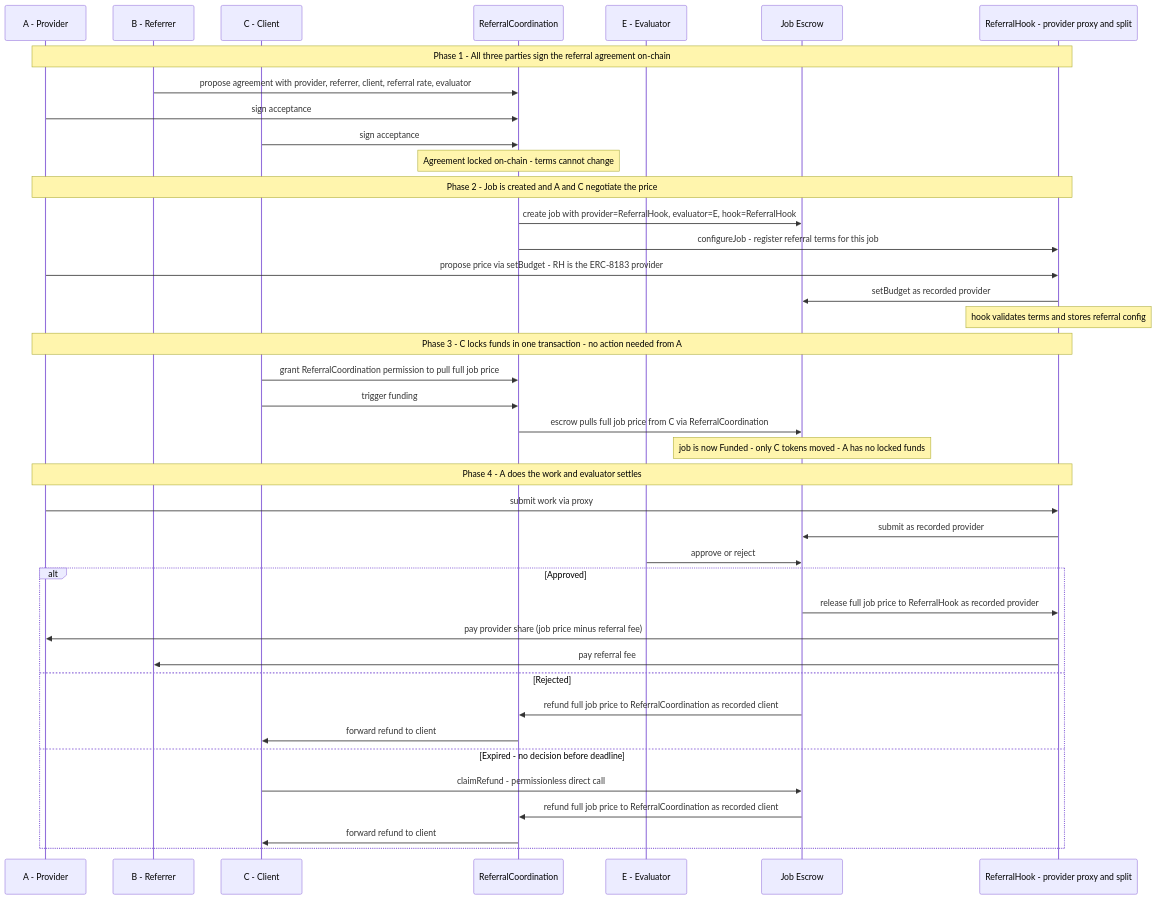
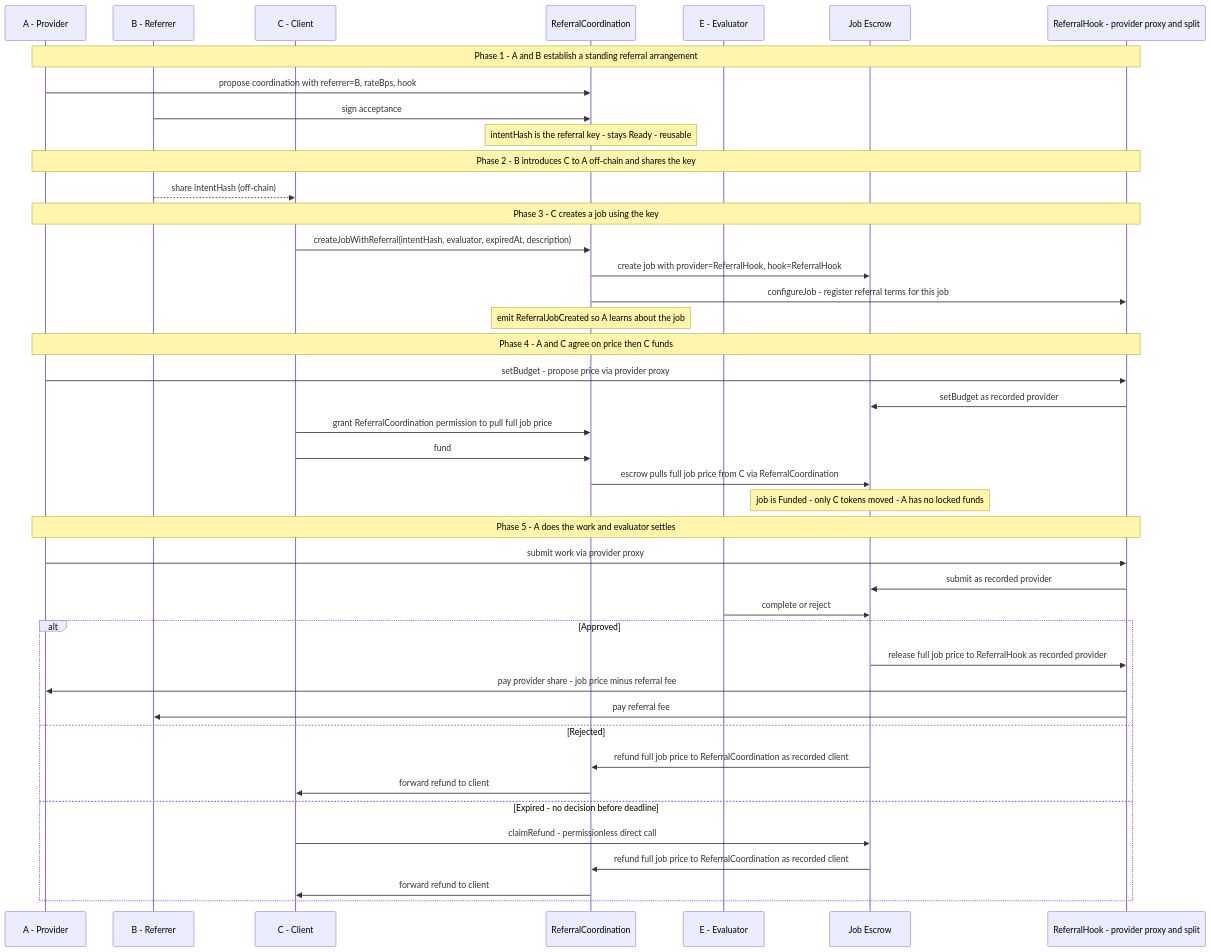
The diagram in README.md (luca-nik/a2a-referral-erc), drawn with Mermaid before and after one commit. The commit also changed other lines of this file and 6 other files, not shown here.

````diff
--- a/README.md
+++ b/README.md
@@ -55,51 +52,55 @@
 ```mermaid
 sequenceDiagram
     participant A as A - Provider
     participant B as B - Referrer
     participant C as C - Client
     participant RC as ReferralCoordination
     participant E as E - Evaluator
     participant ESC as Job Escrow
     participant RH as ReferralHook - provider proxy and split
 
-    note over A,RH: Phase 1 - All three parties sign the referral agreement on-chain
+    note over A,RH: Phase 1 - A and B establish a standing referral arrangement
 
-    B->>RC: propose agreement with provider, referrer, client, referral rate, evaluator
-    A->>RC: sign acceptance
-    C->>RC: sign acceptance
-    note over RC: Agreement locked on-chain - terms cannot change
+    A->>RC: propose coordination with referrer=B, rateBps, hook
+    B->>RC: sign acceptance
+    note over RC: intentHash is the referral key - stays Ready - reusable
 
-    note over A,RH: Phase 2 - Job is created and A and C negotiate the price
+    note over A,RH: Phase 2 - B introduces C to A off-chain and shares the key
 
-    RC->>ESC: create job with provider=ReferralHook, evaluator=E, hook=ReferralHook
+    B-->>C: share intentHash (off-chain)
+
+    note over A,RH: Phase 3 - C creates a job using the key
+
+    C->>RC: createJobWithReferral(intentHash, evaluator, expiredAt, description)
+    RC->>ESC: create job with provider=ReferralHook, hook=ReferralHook
     RC->>RH: configureJob - register referral terms for this job
-    A->>RH: propose price via setBudget - RH is the ERC-8183 provider
+    note over RC: emit ReferralJobCreated so A learns about the job
+
+    note over A,RH: Phase 4 - A and C agree on price then C funds
+
+    A->>RH: setBudget - propose price via provider proxy
     RH->>ESC: setBudget as recorded provider
-    note over RH: hook validates terms and stores referral config
+    C->>RC: grant ReferralCoordination permission to pull full job price
+    C->>RC: fund
+    RC->>ESC: escrow pulls full job price from C via ReferralCoordination
+    note over ESC: job is Funded - only C tokens moved - A has no locked funds
 
-    note over A,RH: Phase 3 - C locks funds in one transaction - no action needed from A
+    note over A,RH: Phase 5 - A does the work and evaluator settles
 
-    C->>RC: grant ReferralCoordination permission to pull full job price
-    C->>RC: trigger funding
-    RC->>ESC: escrow pulls full job price from C via ReferralCoordination
-    note over ESC: job is now Funded - only C tokens moved - A has no locked funds
-
-    note over A,RH: Phase 4 - A does the work and evaluator settles
-
-    A->>RH: submit work via proxy
+    A->>RH: submit work via provider proxy
     RH->>ESC: submit as recorded provider
-    E->>ESC: approve or reject
+    E->>ESC: complete or reject
 
     alt Approved
         ESC->>RH: release full job price to ReferralHook as recorded provider
-        RH->>A: pay provider share (job price minus referral fee)
+        RH->>A: pay provider share - job price minus referral fee
         RH->>B: pay referral fee
     else Rejected
         ESC->>RC: refund full job price to ReferralCoordination as recorded client
         RC->>C: forward refund to client
     else Expired - no decision before deadline
         C->>ESC: claimRefund - permissionless direct call
         ESC->>RC: refund full job price to ReferralCoordination as recorded client
         RC->>C: forward refund to client
     end
 ```
````
